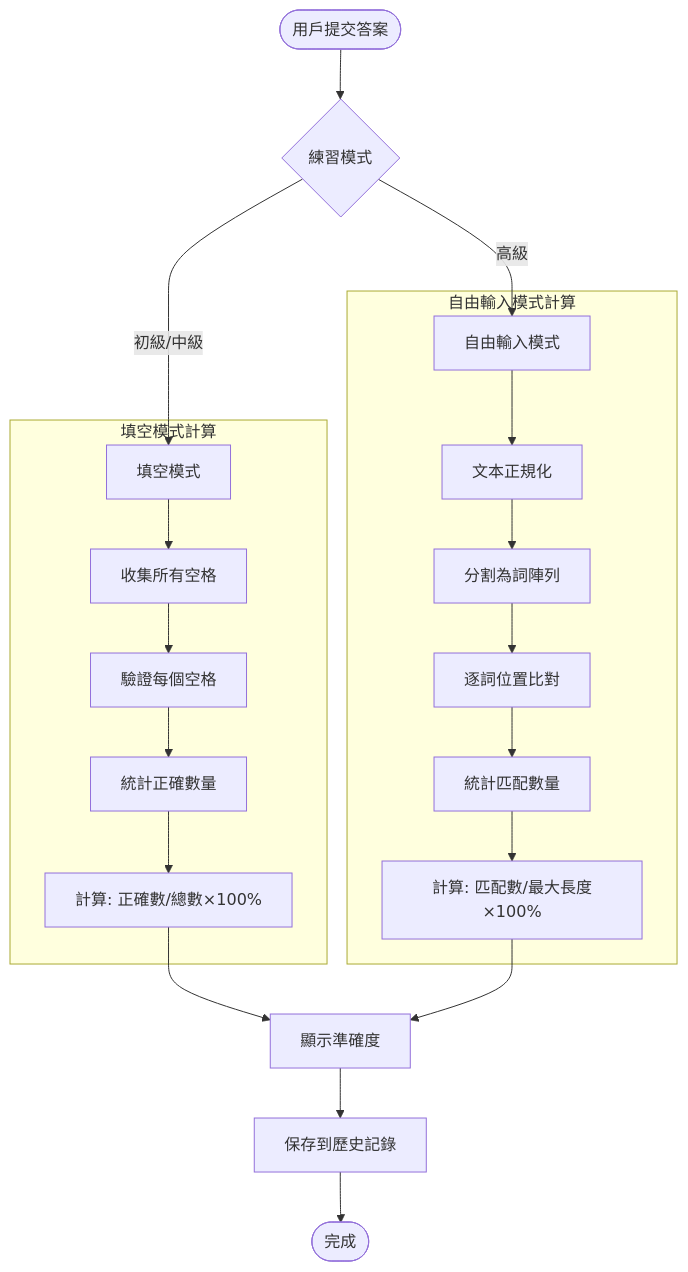
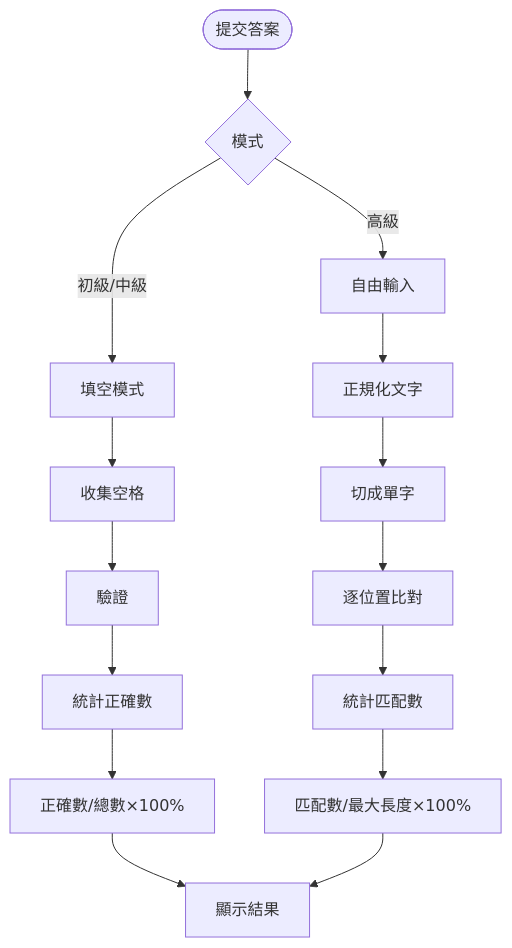
The sixth of 7 diagrams in docs/DICTATION_SYSTEM_ARCHITECTURE.md (crazycjh/language-learning-transcribe), drawn with Mermaid before and after one commit. The commit also changed other lines of this file and 7 other files, not shown here.

````diff
--- a/docs/DICTATION_SYSTEM_ARCHITECTURE.md
+++ b/docs/DICTATION_SYSTEM_ARCHITECTURE.md
@@ -345,27 +165,21 @@
 ```mermaid
 flowchart TD
-    INPUT([用戶提交答案]) --> MODE_CHECK{練習模式}
+    INPUT([提交答案]) --> MODE{模式}
     
-    MODE_CHECK -->|初級/中級| BLANK_MODE[填空模式]
-    MODE_CHECK -->|高級| FREE_MODE[自由輸入模式]
+    MODE -->|初級/中級| BLANK[填空模式]
+    MODE -->|高級| FREE[自由輸入]
     
-    subgraph "填空模式計算"
-        BLANK_MODE --> COLLECT[收集所有空格]
-        COLLECT --> VALIDATE_BLANK[驗證每個空格]
-        VALIDATE_BLANK --> COUNT_CORRECT[統計正確數量]
-        COUNT_CORRECT --> CALC_BLANK[計算: 正確數/總數×100%]
-    end
+    BLANK --> COLLECT[收集空格]
+    COLLECT --> VALIDATE[驗證]
+    VALIDATE --> COUNT_B[統計正確數]
+    COUNT_B --> CALC_B["正確數/總數×100%"]
     
-    subgraph "自由輸入模式計算"
-        FREE_MODE --> NORMALIZE[文本正規化]
-        NORMALIZE --> SPLIT_WORDS[分割為詞陣列]
-        SPLIT_WORDS --> COMPARE[逐詞位置比對]
-        COMPARE --> COUNT_MATCH[統計匹配數量]
-        COUNT_MATCH --> CALC_FREE[計算: 匹配數/最大長度×100%]
-    end
+    FREE --> NORMALIZE[正規化文字]
+    NORMALIZE --> SPLIT[切成單字]
+    SPLIT --> COMPARE[逐位置比對]
+    COMPARE --> COUNT_F[統計匹配數]
+    COUNT_F --> CALC_F["匹配數/最大長度×100%"]
     
-    CALC_BLANK --> DISPLAY[顯示準確度]
-    CALC_FREE --> DISPLAY
-    DISPLAY --> SAVE_HISTORY[保存到歷史記錄]
-    SAVE_HISTORY --> END([完成])
+    CALC_B --> DISPLAY[顯示結果]
+    CALC_F --> DISPLAY
 ```
````
